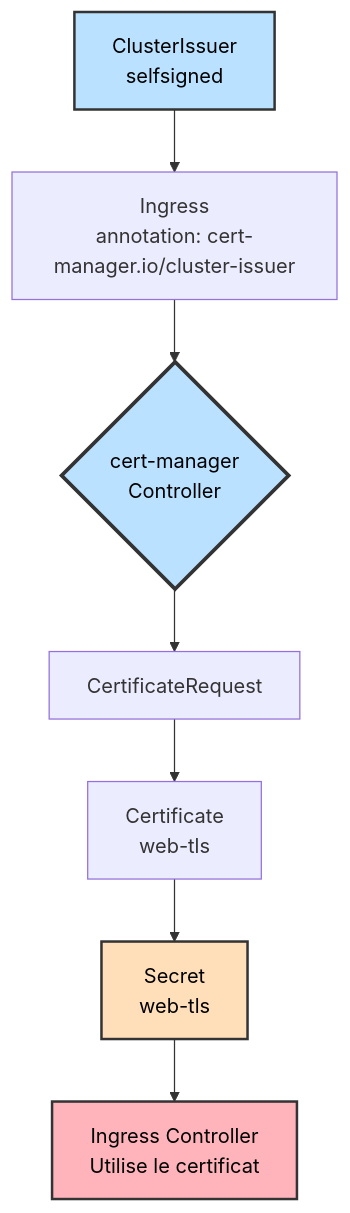
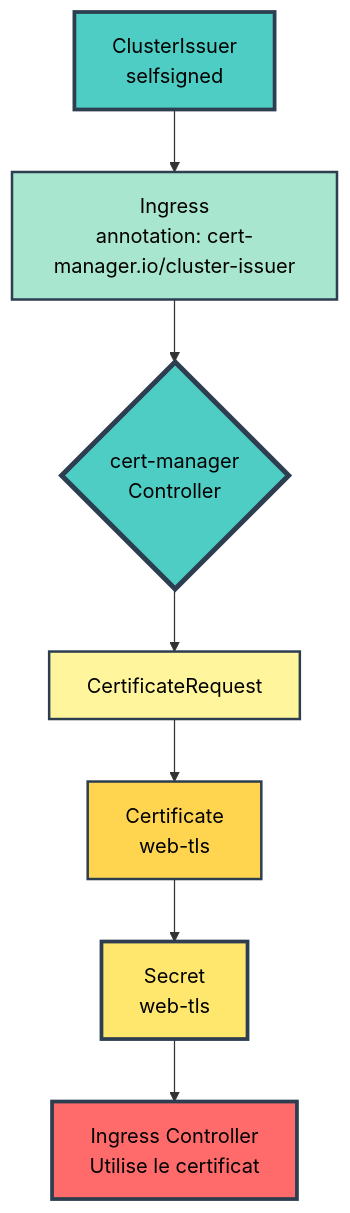
Before and after one commit to MPFabio/S4-Ingress-TLS-Config-Secrets: the fourth of 9 diagrams in docs/ARCHITECTURE.md, drawn with Mermaid. The commit also changed other lines of this file, not shown here.

Commit message:
Modernisation diagrammes - Couleurs vibrantes + fix parsing Mermaid

````diff
--- a/docs/ARCHITECTURE.md
+++ b/docs/ARCHITECTURE.md
@@ -93,14 +101,17 @@
 ```mermaid
 flowchart TB
     A[ClusterIssuer<br/>selfsigned] --> B[Ingress<br/>annotation: cert-manager.io/cluster-issuer]
     B --> C{cert-manager<br/>Controller}
     C --> D[CertificateRequest]
     D --> E[Certificate<br/>web-tls]
     E --> F[Secret<br/>web-tls]
     F --> G[Ingress Controller<br/>Utilise le certificat]
     
-    style A fill:#bae1ff,stroke:#333,stroke-width:2px,color:#000
-    style C fill:#bae1ff,stroke:#333,stroke-width:3px,color:#000
-    style F fill:#ffdfba,stroke:#333,stroke-width:2px,color:#000
-    style G fill:#ffb3ba,stroke:#333,stroke-width:2px,color:#000
+    style A fill:#4ECDC4,stroke:#2C3E50,stroke-width:3px,color:#000
+    style C fill:#4ECDC4,stroke:#2C3E50,stroke-width:4px,color:#000
+    style F fill:#FFE66D,stroke:#2C3E50,stroke-width:3px,color:#000
+    style G fill:#FF6B6B,stroke:#2C3E50,stroke-width:3px,color:#000
+    style B fill:#A8E6CF,stroke:#2C3E50,stroke-width:2px,color:#000
+    style D fill:#FFF59D,stroke:#2C3E50,stroke-width:2px,color:#000
+    style E fill:#FFD54F,stroke:#2C3E50,stroke-width:2px,color:#000
 ```
````
